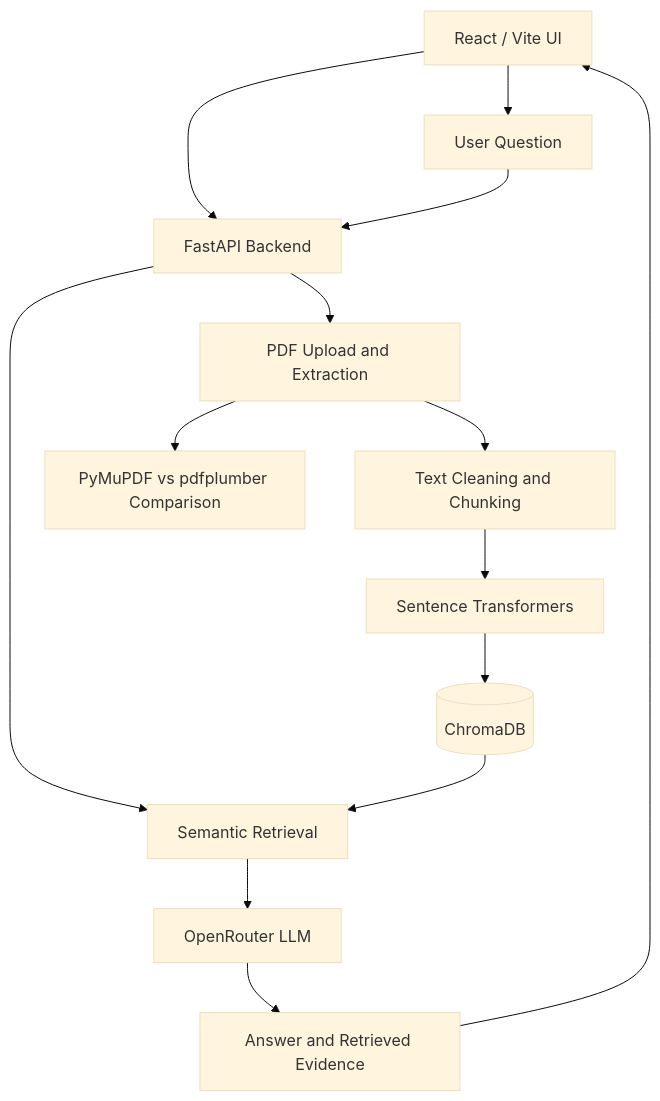
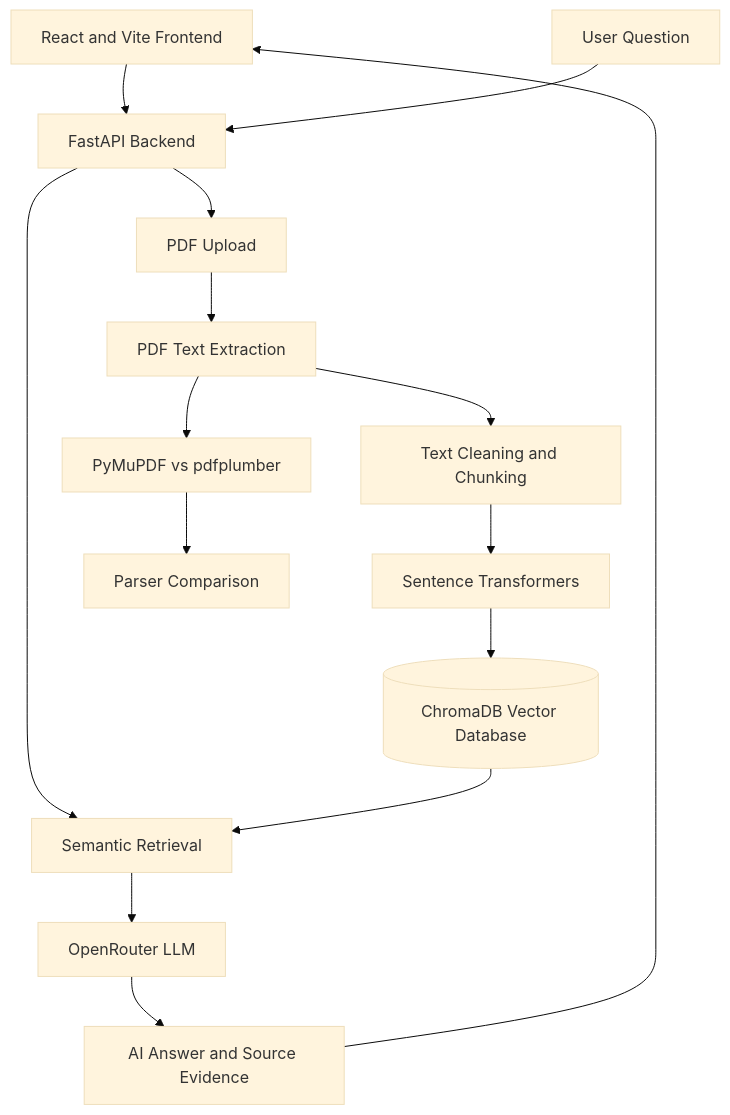
Before and after one commit to behra527/MediRAG-AI: the diagram in README.md, drawn with Mermaid (base theme). The commit also changed other lines of this file, not shown here.

````diff
--- a/README.md
+++ b/README.md
@@ -46,16 +55,17 @@
 ```mermaid
 flowchart TD
-    A[React / Vite UI] --> B[FastAPI Backend]
-    B --> C[PDF Upload and Extraction]
-    C --> D[Text Cleaning and Chunking]
-    D --> E[Sentence Transformers]
-    E --> F[(ChromaDB)]
-    A --> G[User Question]
-    G --> B
-    B --> H[Semantic Retrieval]
-    F --> H
-    H --> I[OpenRouter LLM]
-    I --> J[Answer and Retrieved Evidence]
-    J --> A
-    C --> K[PyMuPDF vs pdfplumber Comparison]
+    A[React and Vite Frontend] --> B[FastAPI Backend]
+    B --> C[PDF Upload]
+    C --> D[PDF Text Extraction]
+    D --> E[Text Cleaning and Chunking]
+    E --> F[Sentence Transformers]
+    F --> G[(ChromaDB Vector Database)]
+    H[User Question] --> B
+    B --> I[Semantic Retrieval]
+    G --> I
+    I --> J[OpenRouter LLM]
+    J --> K[AI Answer and Source Evidence]
+    K --> A
+    D --> L[PyMuPDF vs pdfplumber]
+    L --> M[Parser Comparison]
 ```
````
